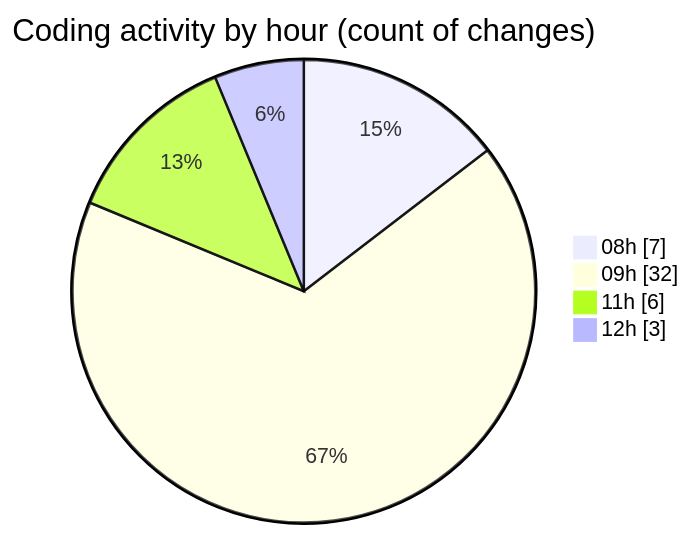
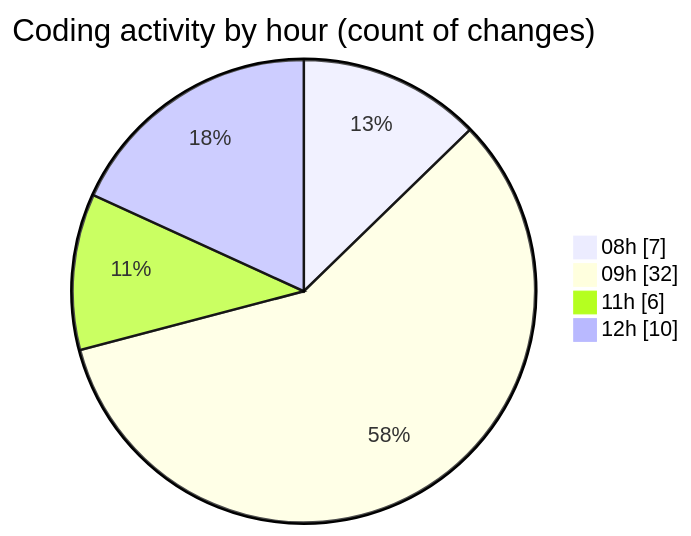
One commit to momahboobian/code-tracking changed the second of 2 diagrams in 2026-09-04/cda/README.md. Above: the diagram before and after it, drawn with Mermaid. The commit also changed other lines of this file and 1 other file, not shown here.

````diff
--- a/2026-09-04/cda/README.md
+++ b/2026-09-04/cda/README.md
@@ -46,8 +50,8 @@
 ```mermaid
 pie showData
 title Coding activity by hour (count of changes)
 "08h" : 7
 "09h" : 32
 "11h" : 6
-"12h" : 3
+"12h" : 10
 ```
````
